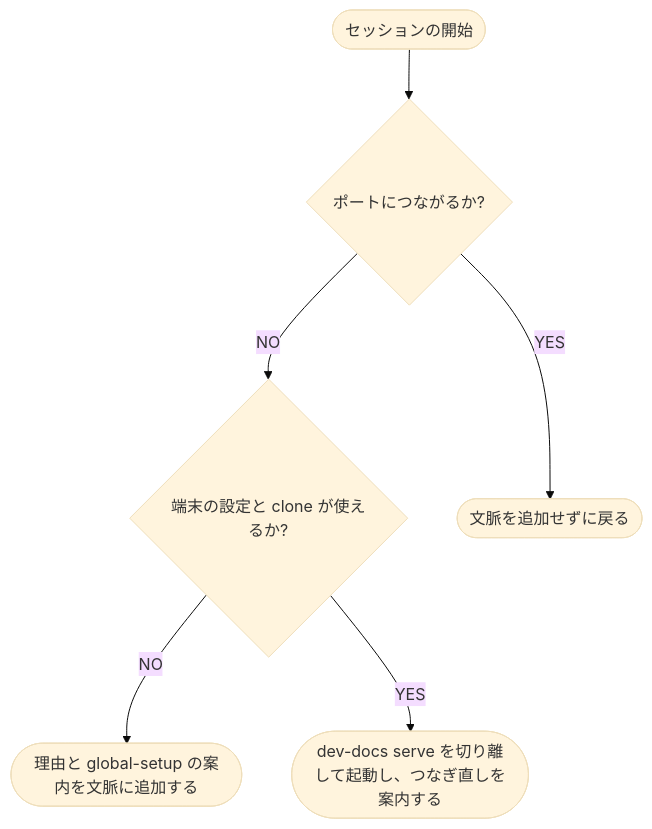
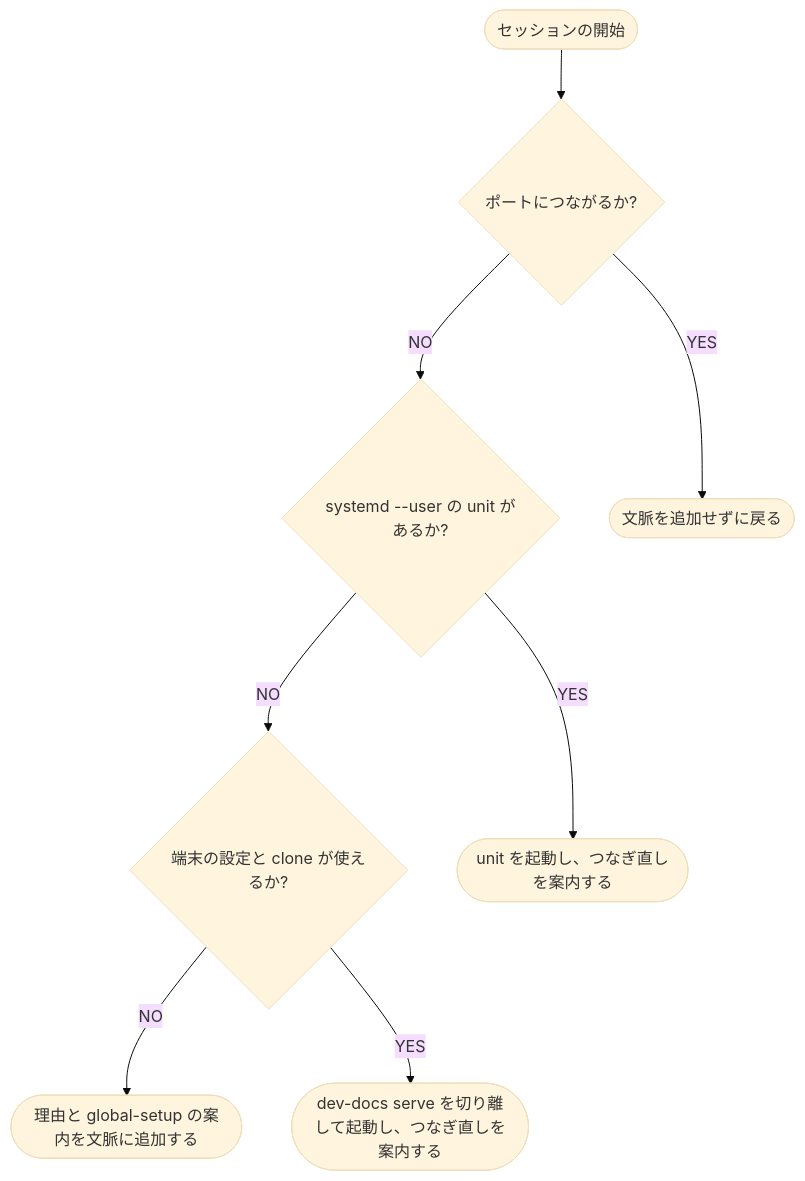
Before and after one commit to shuhei1101/dev-docs: the diagram in docs/guide/コアコンセプト-管理用プラグイン.md, drawn with Mermaid (base theme). The commit also changed other lines of this file and 46 other files, not shown here.

````diff
--- a/docs/guide/コアコンセプト-管理用プラグイン.md
+++ b/docs/guide/コアコンセプト-管理用プラグイン.md
@@ -30,14 +30,18 @@
 ```mermaid
 flowchart TD
   START([セッションの開始])
   Q0{ポートにつながるか?}
+  QU{systemd --user の unit があるか?}
   Q1{端末の設定と clone が使えるか?}
+  AU([unit を起動し、つなぎ直しを案内する])
   A1([dev-docs serve を切り離して起動し、つなぎ直しを案内する])
   A2([理由と global-setup の案内を文脈に追加する])
   A3([文脈を追加せずに戻る])
   START --> Q0
   Q0 -->|YES| A3
-  Q0 -->|NO| Q1
+  Q0 -->|NO| QU
+  QU -->|YES| AU
+  QU -->|NO| Q1
   Q1 -->|NO| A2
   Q1 -->|YES| A1
 ```
````
